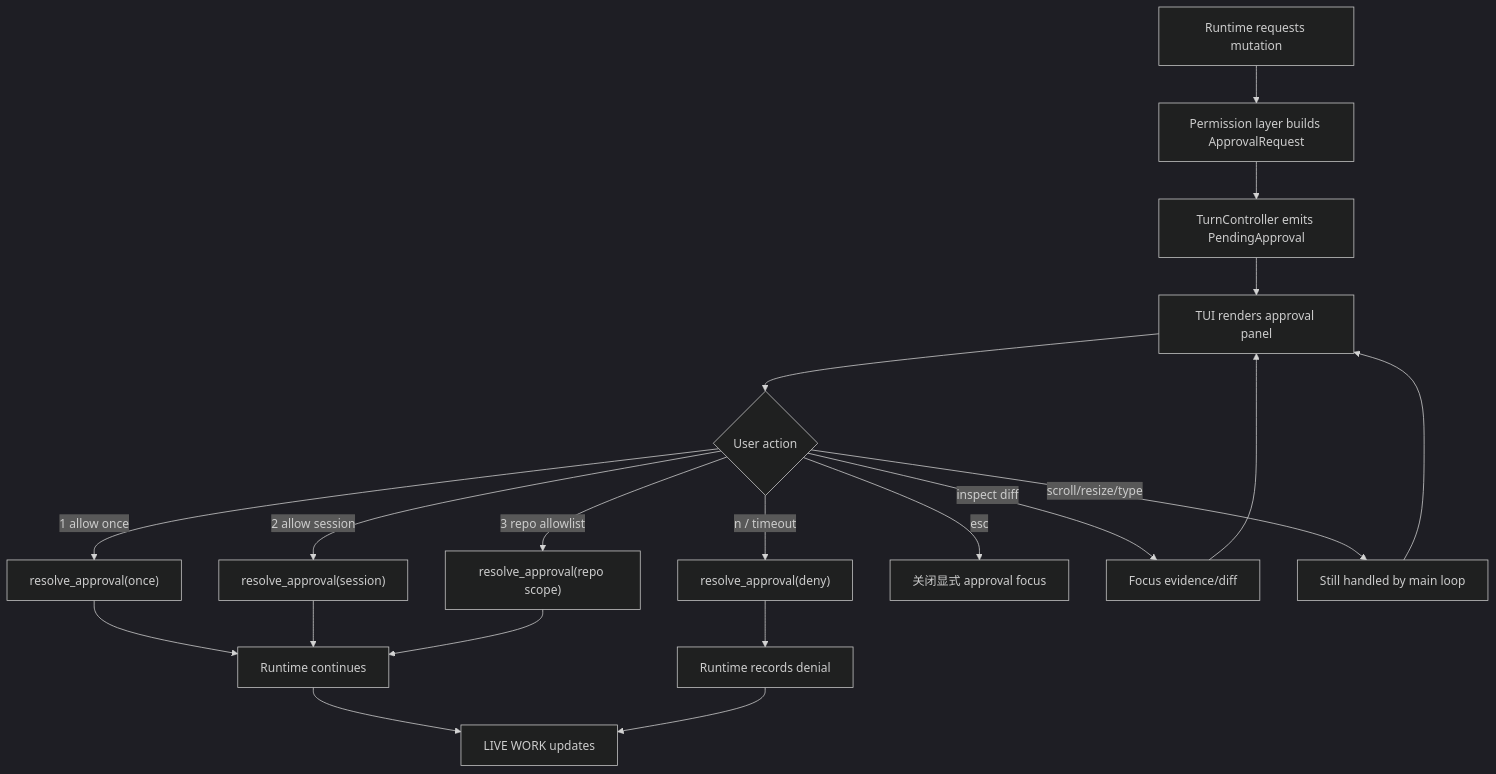
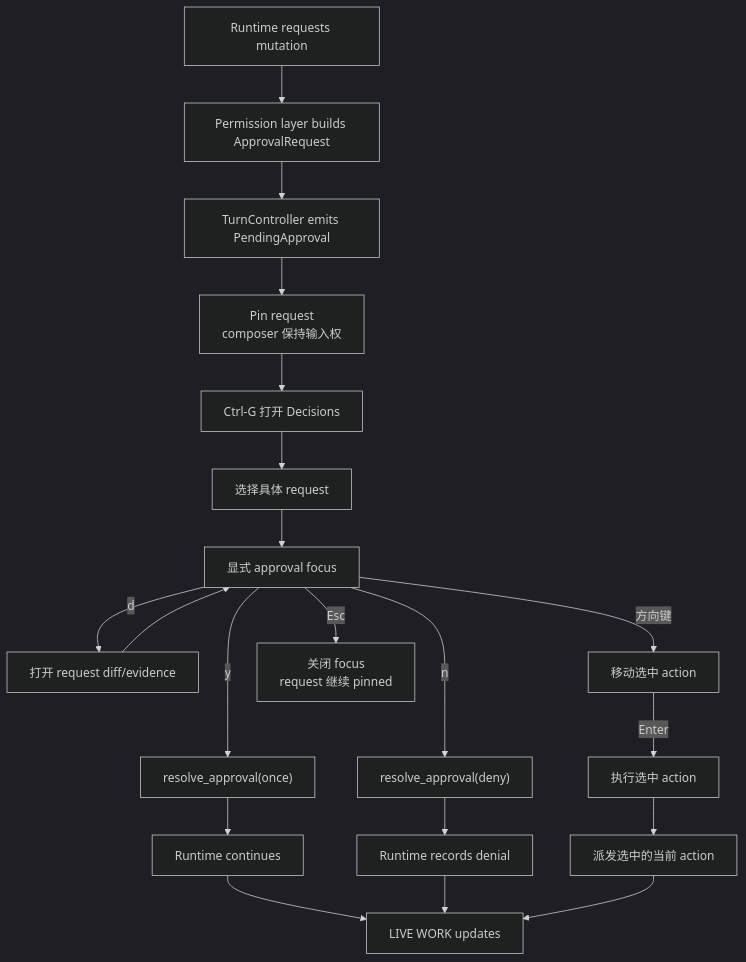
The sixth of 10 diagrams in docs/tui-interaction-flow-design.zh-CN.md (wikieden/robocode), drawn with Mermaid (dark theme) before and after one commit. The commit also changed other lines of this file and 3 other files, not shown here.

Commit message:
docs(tui): align explicit approval guidance

````diff
--- a/docs/tui-interaction-flow-design.zh-CN.md
+++ b/docs/tui-interaction-flow-design.zh-CN.md
@@ -203,22 +212,22 @@
 ```mermaid
 flowchart TD
     A["Runtime requests mutation"] --> B["Permission layer builds ApprovalRequest"]
     B --> C["TurnController emits PendingApproval"]
-    C --> D["TUI renders approval panel"]
-    D --> E{"User action"}
-    E -->|1 allow once| F["resolve_approval(once)"]
-    E -->|2 allow session| G["resolve_approval(session)"]
-    E -->|3 repo allowlist| H["resolve_approval(repo scope)"]
-    E -->|n / timeout| I["resolve_approval(deny)"]
-    E -->|esc| O["关闭显式 approval focus"]
-    E -->|inspect diff| J["Focus evidence/diff"]
-    E -->|scroll/resize/type| K["Still handled by main loop"]
-    J --> D
-    K --> D
-    F --> L["Runtime continues"]
-    G --> L
-    H --> L
-    I --> M["Runtime records denial"]
-    L --> N["LIVE WORK updates"]
-    M --> N
+    C --> D["Pin request<br/>composer 保持输入权"]
+    D --> E["Ctrl-G 打开 Decisions"]
+    E --> F["选择具体 request"]
+    F --> G["显式 approval focus"]
+    G -->|y| H["resolve_approval(once)"]
+    G -->|n| I["resolve_approval(deny)"]
+    G -->|d| J["打开 request diff/evidence"]
+    G -->|方向键| K["移动选中 action"]
+    K -->|Enter| L["执行选中 action"]
+    G -->|Esc| M["关闭 focus<br/>request 继续 pinned"]
+    J --> G
+    H --> N["Runtime continues"]
+    I --> O["Runtime records denial"]
+    L --> P["派发选中的当前 action"]
+    N --> Q["LIVE WORK updates"]
+    O --> Q
+    P --> Q
 ```
````
